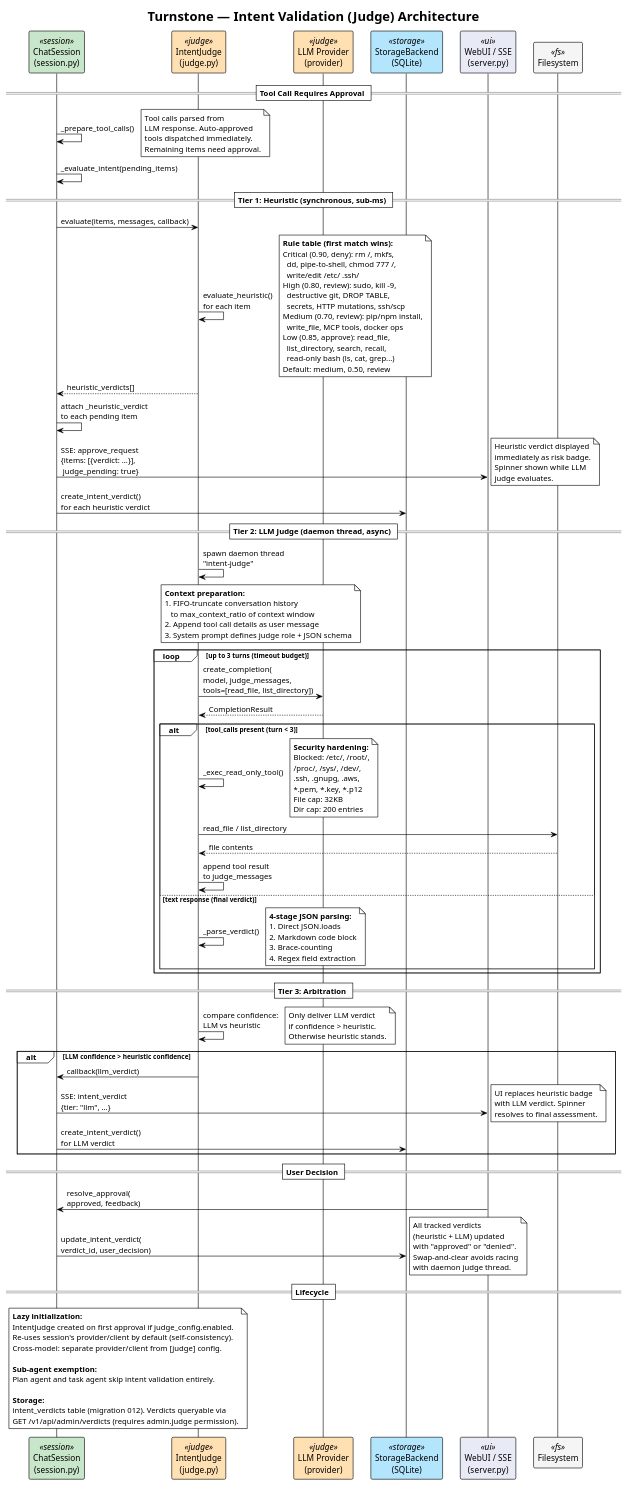
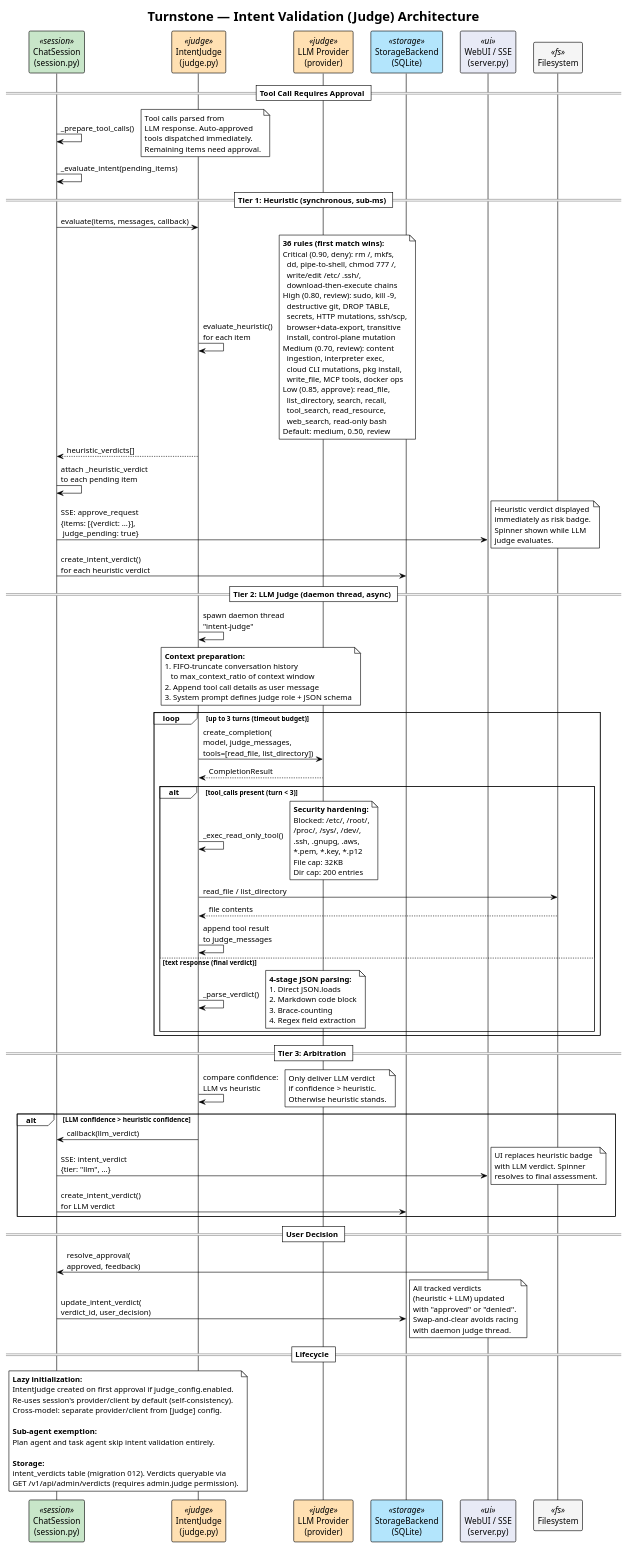
One commit to turnstonelabs/turnstone changed the diagram in docs/diagrams/22-judge-architecture.puml. Above: the diagram before and after it, drawn with PlantUML. The commit also changed 5 other files, not shown here.

```diff
--- a/docs/diagrams/22-judge-architecture.puml
+++ b/docs/diagrams/22-judge-architecture.puml
@@ -1,160 +1,166 @@
 @startuml
 !theme plain
 title Turnstone — Intent Validation (Judge) Architecture
 
 skinparam participant {
     BackgroundColor<<session>> #C8E6C9
     BackgroundColor<<judge>> #FFE0B2
     BackgroundColor<<storage>> #B3E5FC
     BackgroundColor<<ui>> #E8EAF6
     BackgroundColor<<fs>> #F5F5F5
 }
 
 participant "ChatSession\n(session.py)" as Session <<session>>
 participant "IntentJudge\n(judge.py)" as Judge <<judge>>
 participant "LLM Provider\n(provider)" as LLM <<judge>>
 participant "StorageBackend\n(SQLite)" as Storage <<storage>>
 participant "WebUI / SSE\n(server.py)" as UI <<ui>>
 participant "Filesystem" as FS <<fs>>
 
 == Tool Call Requires Approval ==
 
 Session -> Session : _prepare_tool_calls()
 note right
   Tool calls parsed from
   LLM response. Auto-approved
   tools dispatched immediately.
   Remaining items need approval.
 end note
 
 Session -> Session : _evaluate_intent(pending_items)
 
 == Tier 1: Heuristic (synchronous, sub-ms) ==
 
 Session -> Judge : evaluate(items, messages, callback)
 
 Judge -> Judge : evaluate_heuristic()\nfor each item
 note right
-  **Rule table (first match wins):**
+  **36 rules (first match wins):**
   Critical (0.90, deny): rm /, mkfs,
     dd, pipe-to-shell, chmod 777 /,
-    write/edit /etc/ .ssh/
+    write/edit /etc/ .ssh/,
+    download-then-execute chains
   High (0.80, review): sudo, kill -9,
     destructive git, DROP TABLE,
-    secrets, HTTP mutations, ssh/scp
-  Medium (0.70, review): pip/npm install,
+    secrets, HTTP mutations, ssh/scp,
+    browser+data-export, transitive
+    install, control-plane mutation
+  Medium (0.70, review): content
+    ingestion, interpreter exec,
+    cloud CLI mutations, pkg install,
     write_file, MCP tools, docker ops
   Low (0.85, approve): read_file,
     list_directory, search, recall,
-    read-only bash (ls, cat, grep...)
+    tool_search, read_resource,
+    web_search, read-only bash
   Default: medium, 0.50, review
 end note
 
 Judge --> Session : heuristic_verdicts[]
 
 Session -> Session : attach _heuristic_verdict\nto each pending item
 
 Session -> UI : SSE: approve_request\n{items: [{verdict: ...}],\n judge_pending: true}
 note right
   Heuristic verdict displayed
   immediately as risk badge.
   Spinner shown while LLM
   judge evaluates.
 end note
 
 Session -> Storage : create_intent_verdict()\nfor each heuristic verdict
 
 == Tier 2: LLM Judge (daemon thread, async) ==
 
 Judge -> Judge : spawn daemon thread\n"intent-judge"
 
 note over Judge, LLM
   **Context preparation:**
   1. FIFO-truncate conversation history
      to max_context_ratio of context window
   2. Append tool call details as user message
   3. System prompt defines judge role + JSON schema
 end note
 
 loop up to 3 turns (timeout budget)
 
     Judge -> LLM : create_completion(\nmodel, judge_messages,\ntools=[read_file, list_directory])
     LLM --> Judge : CompletionResult
 
     alt tool_calls present (turn < 3)
         Judge -> Judge : _exec_read_only_tool()
         note right
           **Security hardening:**
           Blocked: /etc/, /root/,
           /proc/, /sys/, /dev/,
           .ssh, .gnupg, .aws,
           *.pem, *.key, *.p12
           File cap: 32KB
           Dir cap: 200 entries
         end note
         Judge -> FS : read_file / list_directory
         FS --> Judge : file contents
         Judge -> Judge : append tool result\nto judge_messages
     else text response (final verdict)
         Judge -> Judge : _parse_verdict()
         note right
           **4-stage JSON parsing:**
           1. Direct JSON.loads
           2. Markdown code block
           3. Brace-counting
           4. Regex field extraction
         end note
     end
 
 end
 
 == Tier 3: Arbitration ==
 
 Judge -> Judge : compare confidence:\nLLM vs heuristic
 note right
   Only deliver LLM verdict
   if confidence > heuristic.
   Otherwise heuristic stands.
 end note
 
 alt LLM confidence > heuristic confidence
     Judge -> Session : callback(llm_verdict)
     Session -> UI : SSE: intent_verdict\n{tier: "llm", ...}
     note right
       UI replaces heuristic badge
       with LLM verdict. Spinner
       resolves to final assessment.
     end note
     Session -> Storage : create_intent_verdict()\nfor LLM verdict
 end
 
 == User Decision ==
 
 UI -> Session : resolve_approval(\napproved, feedback)
 
 Session -> Storage : update_intent_verdict(\nverdict_id, user_decision)
 note right
   All tracked verdicts
   (heuristic + LLM) updated
   with "approved" or "denied".
   Swap-and-clear avoids racing
   with daemon judge thread.
 end note
 
 == Lifecycle ==
 
 note over Session, Judge
   **Lazy initialization:**
   IntentJudge created on first approval if judge_config.enabled.
   Re-uses session's provider/client by default (self-consistency).
   Cross-model: separate provider/client from [judge] config.
 
   **Sub-agent exemption:**
   Plan agent and task agent skip intent validation entirely.
 
   **Storage:**
   intent_verdicts table (migration 012). Verdicts queryable via
   GET /v1/api/admin/verdicts (requires admin.judge permission).
 end note
 
 @enduml
```
